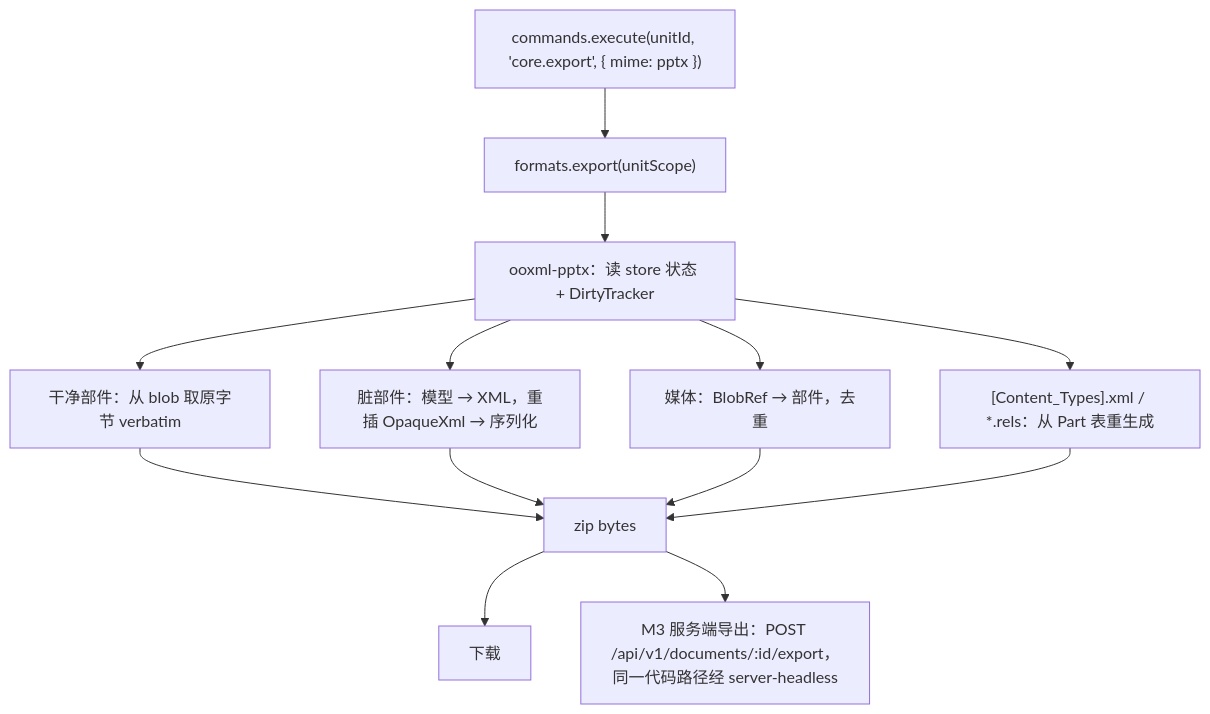
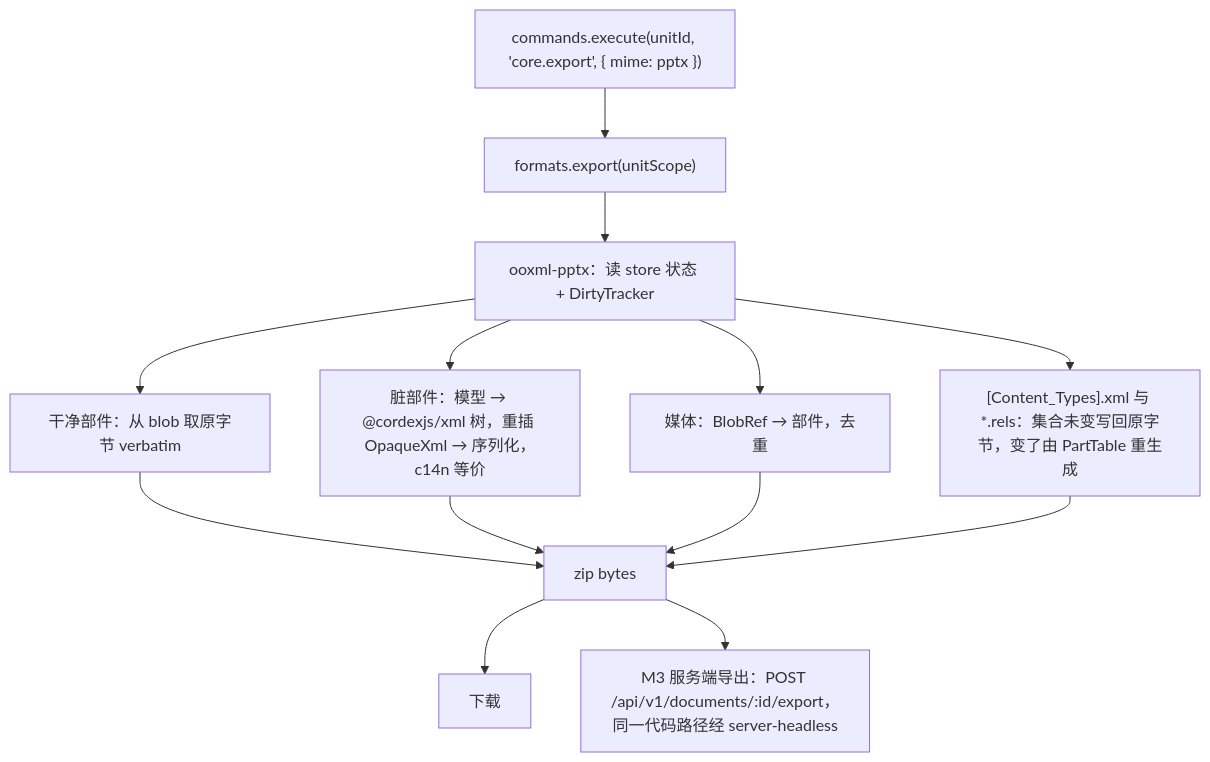
Before and after one commit to Xeonice/cordis-ppt-editor: diagram 16 of 18 in docs/30-architecture/01-overview.md, drawn with Mermaid. The commit also changed other lines of this file and 78 other files, not shown here.

````diff
--- a/docs/30-architecture/01-overview.md
+++ b/docs/30-architecture/01-overview.md
@@ -306,16 +661,16 @@
 ```mermaid
 flowchart TB
   exec["commands.execute#40;unitId, 'core.export', #123; mime: pptx #125;#41;"]
   exec --> fmtExport["formats.export#40;unitScope#41;"]
   fmtExport --> readState["ooxml-pptx：读 store 状态 + DirtyTracker"]
   readState --> clean["干净部件：从 blob 取原字节 verbatim"]
-  readState --> dirty["脏部件：模型 → XML，重插 OpaqueXml → 序列化"]
+  readState --> dirty["脏部件：模型 → @cordexjs/xml 树，重插 OpaqueXml → 序列化，c14n 等价"]
   readState --> media["媒体：BlobRef → 部件，去重"]
-  readState --> rels["#91;Content_Types#93;.xml / *.rels：从 Part 表重生成"]
+  readState --> rels["#91;Content_Types#93;.xml 与 *.rels：集合未变写回原字节，变了由 PartTable 重生成"]
   clean --> zip["zip bytes"]
   dirty --> zip
   media --> zip
   rels --> zip
   zip --> download["下载"]
   zip --> post["M3 服务端导出：POST /api/v1/documents/:id/export，同一代码路径经 server-headless"]
 ```
````
